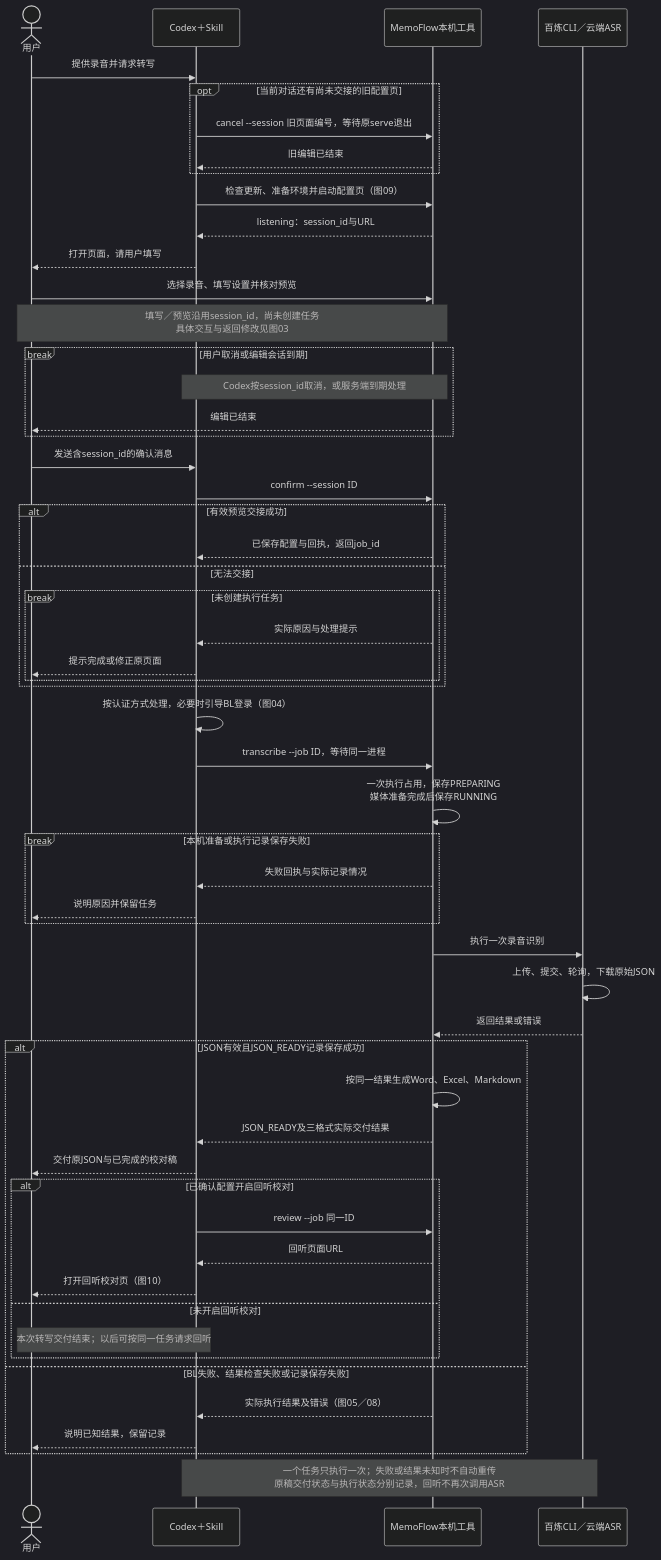
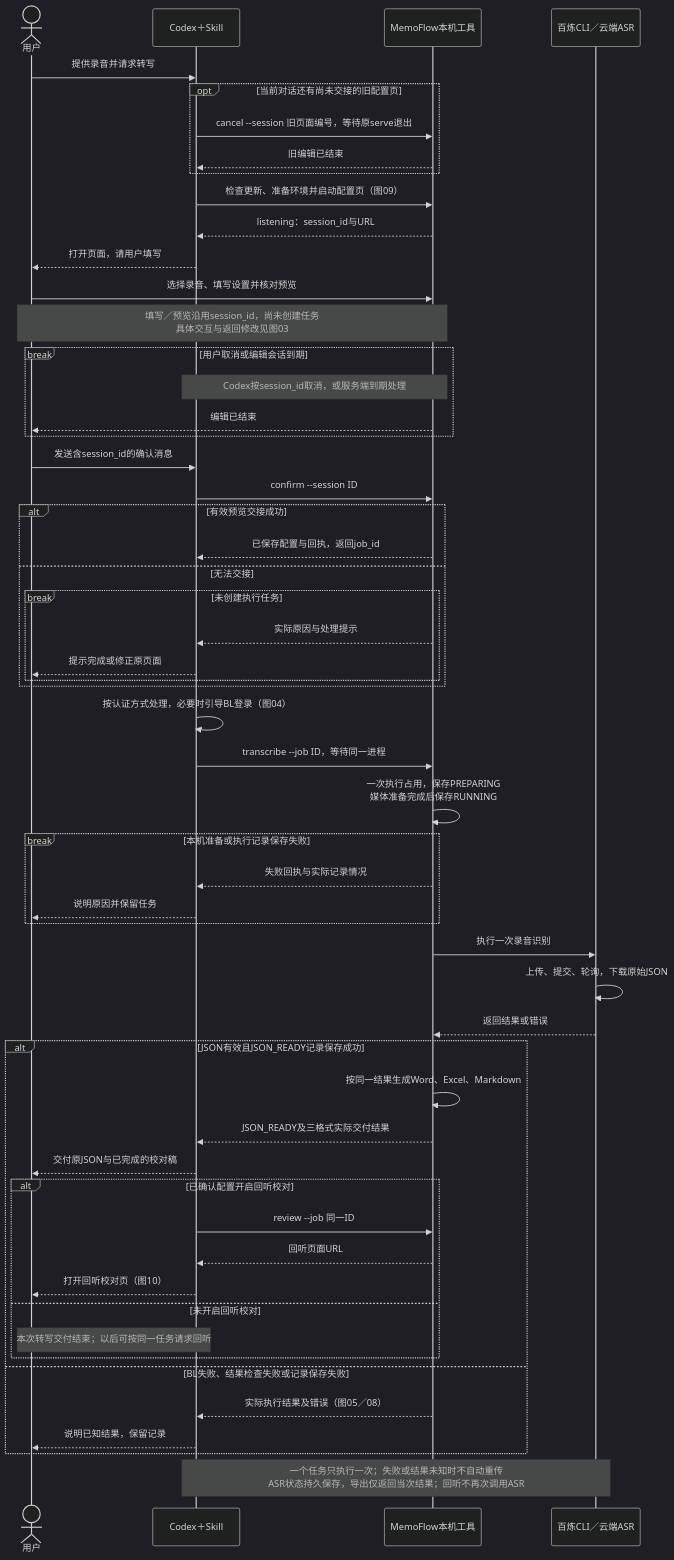
The diagram in doc/uml/07-workflow.mmd (hx101700/memoflow), drawn with Mermaid (dark theme) before and after one commit. The commit also changed 45 other files, not shown here.

```diff
--- a/doc/uml/07-workflow.mmd
+++ b/doc/uml/07-workflow.mmd
@@ -1,55 +1,55 @@
 sequenceDiagram
 actor U as 用户
 participant C as Codex＋Skill
 participant M as MemoFlow本机工具
 participant B as 百炼CLI／云端ASR
 U->>C: 提供录音并请求转写
 opt 当前对话还有尚未交接的旧配置页
     C->>M: cancel --session 旧页面编号，等待原serve退出
     M-->>C: 旧编辑已结束
 end
 C->>M: 检查更新、准备环境并启动配置页（图09）
 M-->>C: listening：session_id与URL
 C-->>U: 打开页面，请用户填写
 U->>M: 选择录音、填写设置并核对预览
 Note over U,M: 填写／预览沿用session_id，尚未创建任务<br/>具体交互与返回修改见图03
 break 用户取消或编辑会话到期
     Note over C,M: Codex按session_id取消，或服务端到期处理
     M-->>U: 编辑已结束
 end
 U->>C: 发送含session_id的确认消息
 C->>M: confirm --session ID
 alt 有效预览交接成功
     M-->>C: 已保存配置与回执，返回job_id
 else 无法交接
     break 未创建执行任务
         M-->>C: 实际原因与处理提示
         C-->>U: 提示完成或修正原页面
     end
 end
 C->>C: 按认证方式处理，必要时引导BL登录（图04）
 C->>M: transcribe --job ID，等待同一进程
 M->>M: 一次执行占用，保存PREPARING<br/>媒体准备完成后保存RUNNING
 break 本机准备或执行记录保存失败
     M-->>C: 失败回执与实际记录情况
     C-->>U: 说明原因并保留任务
 end
 M->>B: 执行一次录音识别
 B->>B: 上传、提交、轮询，下载原始JSON
 B-->>M: 返回结果或错误
 alt JSON有效且JSON_READY记录保存成功
     M->>M: 按同一结果生成Word、Excel、Markdown
     M-->>C: JSON_READY及三格式实际交付结果
     C-->>U: 交付原JSON与已完成的校对稿
     alt 已确认配置开启回听校对
         C->>M: review --job 同一ID
         M-->>C: 回听页面URL
         C-->>U: 打开回听校对页（图10）
     else 未开启回听校对
         Note over U,C: 本次转写交付结束；以后可按同一任务请求回听
     end
 else BL失败、结果检查失败或记录保存失败
     M-->>C: 实际执行结果及错误（图05／08）
     C-->>U: 说明已知结果，保留记录
 end
-Note over C,B: 一个任务只执行一次；失败或结果未知时不自动重传<br/>原稿交付状态与执行状态分别记录，回听不再次调用ASR
+Note over C,B: 一个任务只执行一次；失败或结果未知时不自动重传<br/>ASR状态持久保存，导出仅返回当次结果；回听不再次调用ASR
```
